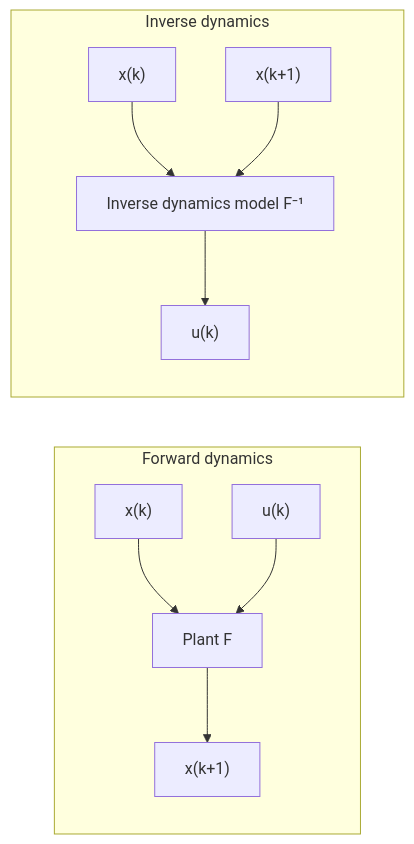
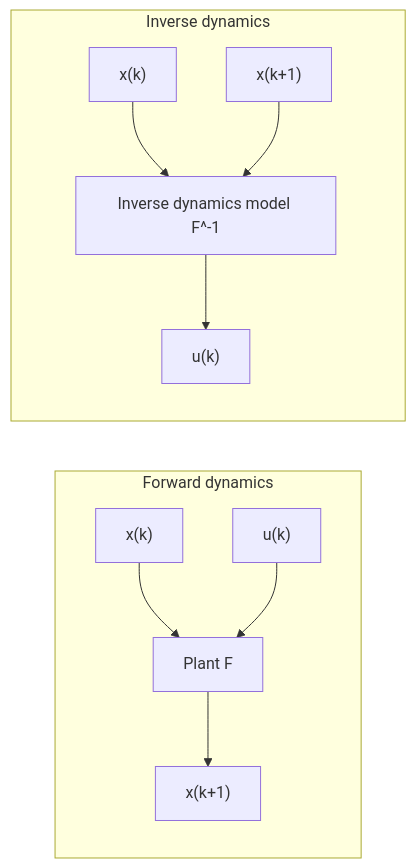
The seventh of 12 diagrams in Lecture-Notes/Week14_Neural-Network-Based-Control-Systems/Concepts_Lecture.md (Choroning/25Fall_Neural-Network-Control-Systems), drawn with Mermaid before and after one commit. The commit also changed other lines of this file and 25 other files, not shown here.

````diff
--- a/Lecture-Notes/Week14_Neural-Network-Based-Control-Systems/Concepts_Lecture.md
+++ b/Lecture-Notes/Week14_Neural-Network-Based-Control-Systems/Concepts_Lecture.md
@@ -391,13 +391,13 @@
 ```mermaid
 flowchart LR
     subgraph FWD["Forward dynamics"]
         X1["x(k)"] --> F["Plant F"]
         U1["u(k)"] --> F
         F --> X2["x(k+1)"]
     end
     subgraph INV["Inverse dynamics"]
-        X3["x(k)"] --> G["Inverse dynamics model F⁻¹"]
+        X3["x(k)"] --> G["Inverse dynamics model F^-1"]
         X4["x(k+1)"] --> G
         G --> U2["u(k)"]
     end
 ```
````
